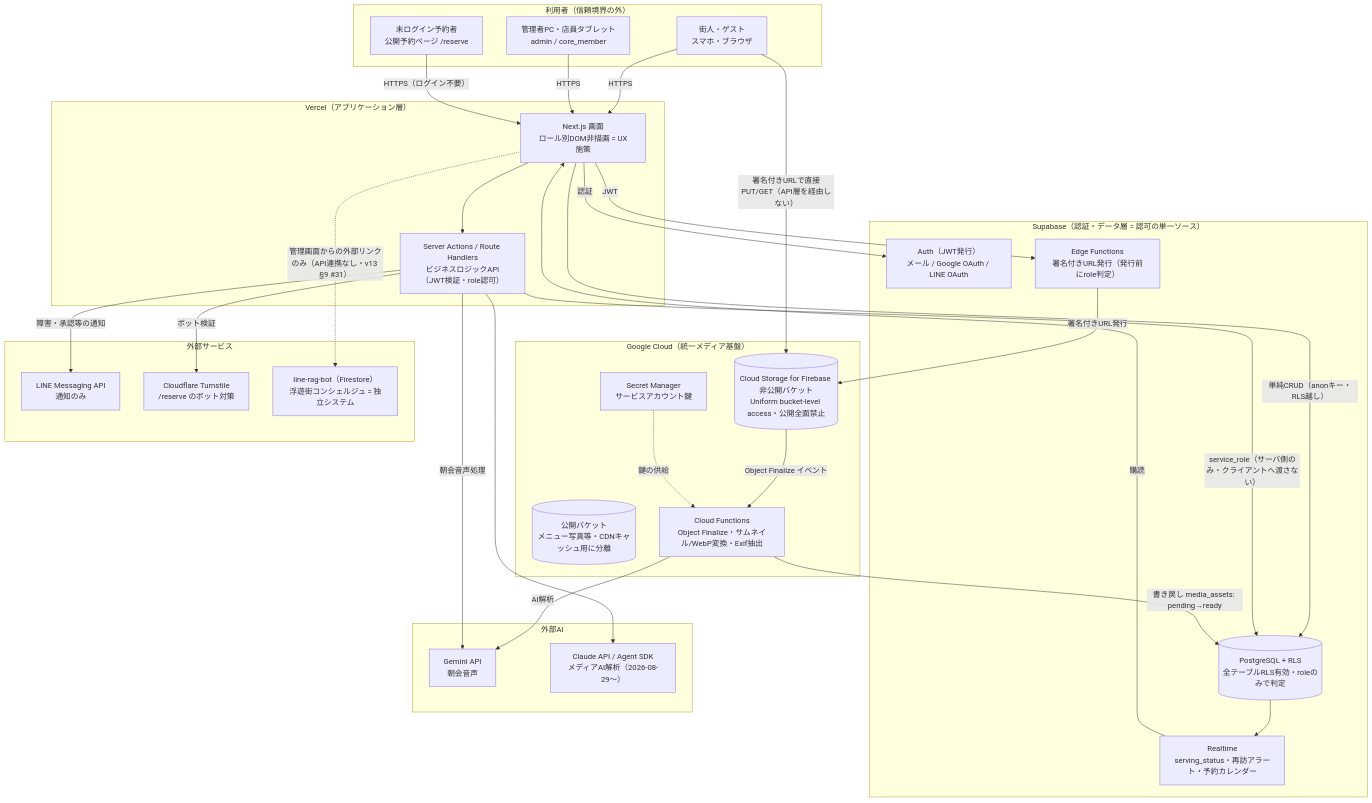
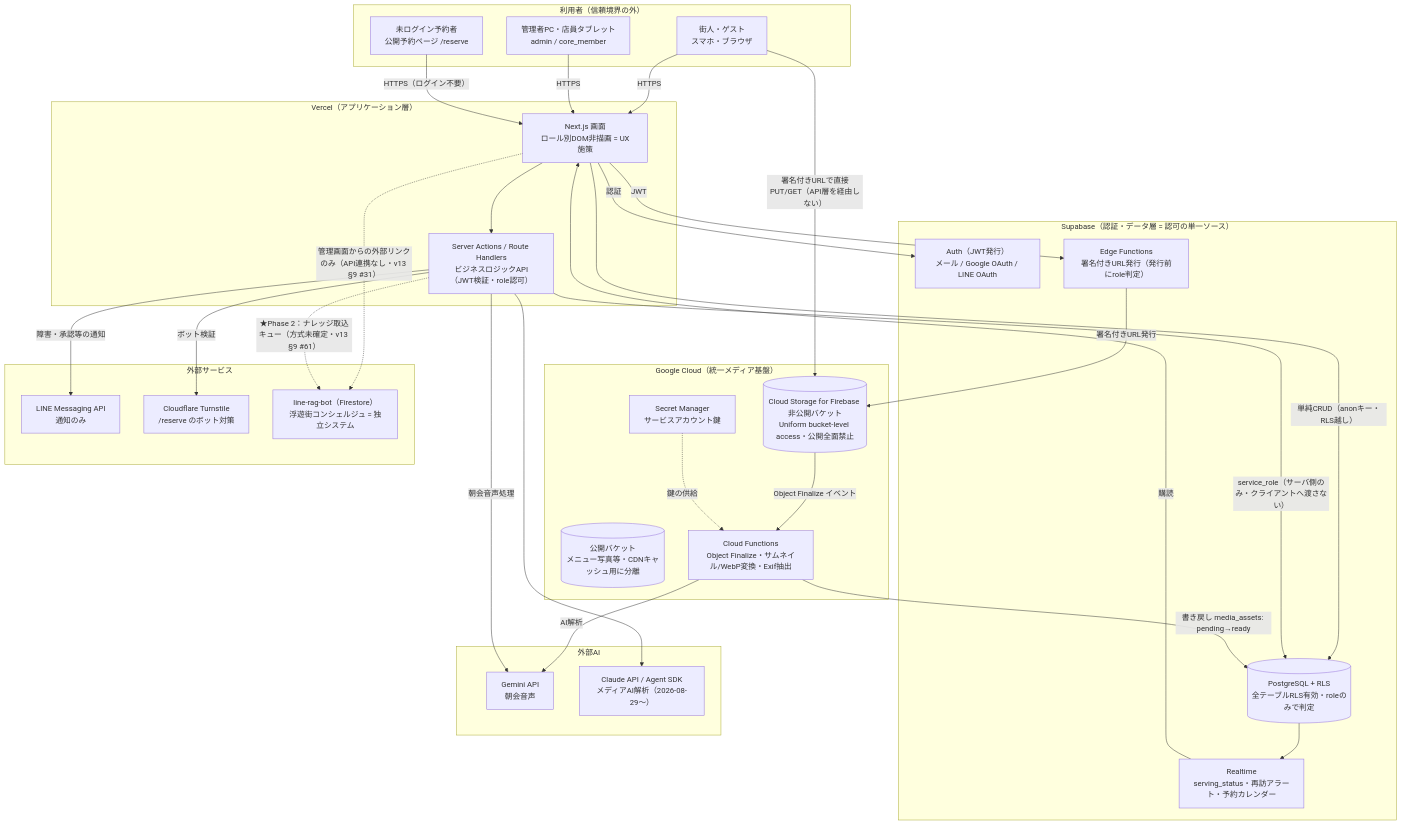
Before and after one commit to KoshiNakano1017/Fuyu: the first of 8 diagrams in docs/spec/basic-design/infra/システムアーキテクチャ.md, drawn with Mermaid. The commit also changed other lines of this file and 4 other files, not shown here.

````diff
--- a/docs/spec/basic-design/infra/システムアーキテクチャ.md
+++ b/docs/spec/basic-design/infra/システムアーキテクチャ.md
@@ -66,60 +66,61 @@
 ```mermaid
 graph TB
     subgraph Users["利用者（信頼境界の外）"]
         U1["街人・ゲスト<br/>スマホ・ブラウザ"]
         U2["管理者PC・店員タブレット<br/>admin / core_member"]
         U3["未ログイン予約者<br/>公開予約ページ /reserve"]
     end
 
     subgraph Vercel["Vercel（アプリケーション層）"]
         V1["Next.js 画面<br/>ロール別DOM非描画 = UX施策"]
         V2["Server Actions / Route Handlers<br/>ビジネスロジックAPI（JWT検証・role認可）"]
     end
 
     subgraph Supabase["Supabase（認証・データ層 = 認可の単一ソース）"]
         S1["Auth（JWT発行）<br/>メール / Google OAuth / LINE OAuth"]
         S2[("PostgreSQL + RLS<br/>全テーブルRLS有効・roleのみで判定")]
         S3["Realtime<br/>serving_status・再訪アラート・予約カレンダー"]
         S4["Edge Functions<br/>署名付きURL発行（発行前にrole判定）"]
     end
 
     subgraph GCP["Google Cloud（統一メディア基盤）"]
         G1[("Cloud Storage for Firebase 非公開バケット<br/>Uniform bucket-level access・公開全面禁止")]
         G2[("公開バケット<br/>メニュー写真等・CDNキャッシュ用に分離")]
         G3["Cloud Functions<br/>Object Finalize・サムネイル/WebP変換・Exif抽出"]
         G4["Secret Manager<br/>サービスアカウント鍵"]
     end
 
     subgraph AI["外部AI"]
         A1["Gemini API<br/>朝会音声"]
         A2["Claude API / Agent SDK<br/>メディアAI解析（2026-08-29〜）"]
     end
 
     subgraph EXT["外部サービス"]
         E1["LINE Messaging API<br/>通知のみ"]
         E2["Cloudflare Turnstile<br/>/reserve のボット対策"]
         E3["line-rag-bot（Firestore）<br/>浮遊街コンシェルジュ = 独立システム"]
     end
 
     U1 -->|HTTPS| V1
     U2 -->|HTTPS| V1
     U3 -->|"HTTPS（ログイン不要）"| V1
     V1 -->|認証| S1
     V1 -->|"単純CRUD（anonキー・RLS越し）"| S2
     V1 --> V2
     V2 -->|"service_role（サーバ側のみ・クライアントへ渡さない）"| S2
     V2 -->|ボット検証| E2
     S2 --> S3
     S3 -->|購読| V1
     V1 -->|JWT| S4
     S4 -->|署名付きURL発行| G1
     U1 -->|"署名付きURLで直接PUT/GET（API層を経由しない）"| G1
     G1 -->|"Object Finalize イベント"| G3
     G3 -->|"書き戻し media_assets: pending→ready"| S2
     G3 -->|AI解析| A1
     G4 -.->|鍵の供給| G3
     V2 -->|朝会音声処理| A1
     V2 --> A2
     V2 -->|"障害・承認等の通知"| E1
     V1 -. "管理画面からの外部リンクのみ（API連携なし・v13 §9 #31）" .-> E3
+    V2 -. "★Phase 2：ナレッジ取込キュー（方式未確定・v13 §9 #61）" .-> E3
 ```
````
